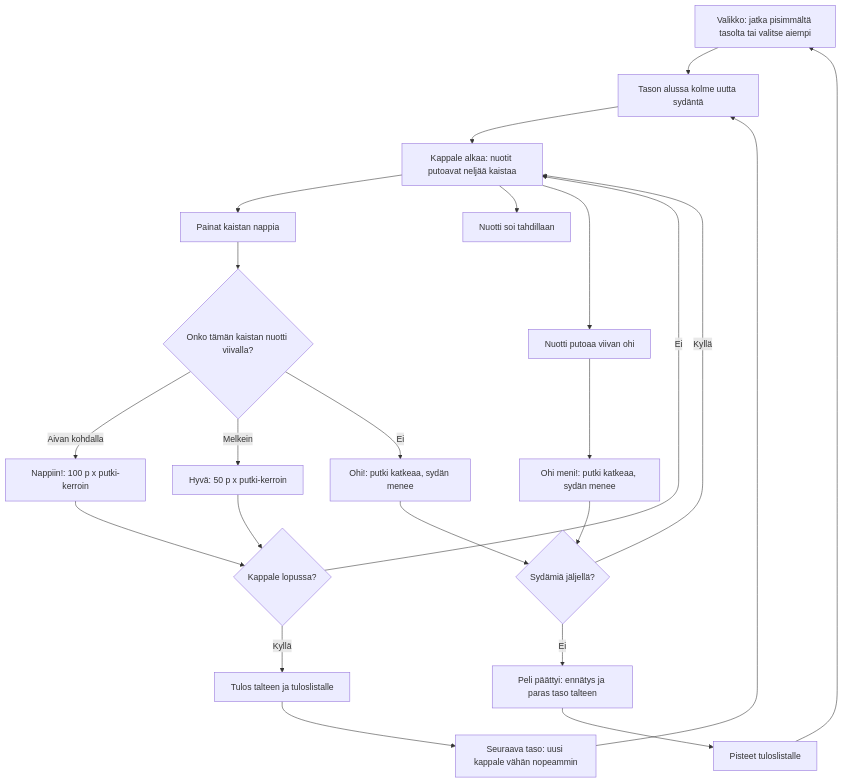
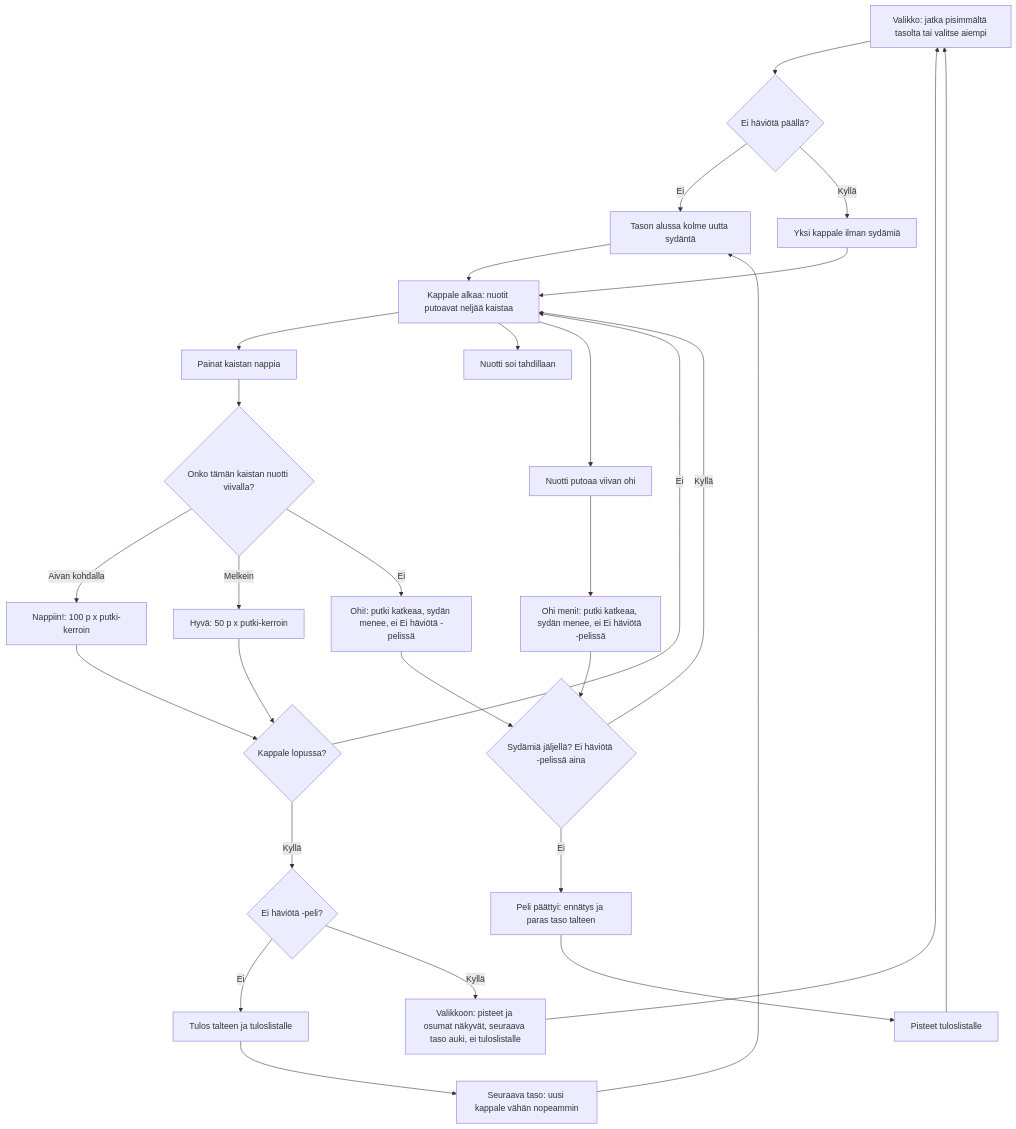
One commit to eerovil/ai-pelit changed the diagram in docs/diagrams/piano.md. Above: the diagram before and after it, drawn with Mermaid. The commit also changed other lines of this file and 3 other files, not shown here.

````diff
--- a/docs/diagrams/piano.md
+++ b/docs/diagrams/piano.md
@@ -15,33 +17,39 @@
 ```mermaid
 flowchart TD
-  A[Valikko: jatka pisimmältä tasolta tai valitse aiempi] --> A2[Tason alussa kolme uutta sydäntä]
+  A[Valikko: jatka pisimmältä tasolta tai valitse aiempi] --> NF{Ei häviötä päällä?}
+  NF -- Ei --> A2[Tason alussa kolme uutta sydäntä]
+  NF -- Kyllä --> A3[Yksi kappale ilman sydämiä]
+  A3 --> B
   A2 --> B[Kappale alkaa: nuotit putoavat neljää kaistaa]
   B --> C[Painat kaistan nappia]
   C --> D{Onko tämän kaistan nuotti viivalla?}
   D -- Aivan kohdalla --> E[Nappiin!: 100 p x putki-kerroin]
   D -- Melkein --> F[Hyvä: 50 p x putki-kerroin]
-  D -- Ei --> G[Ohi!: putki katkeaa, sydän menee]
+  D -- Ei --> G[Ohi!: putki katkeaa, sydän menee, ei Ei häviötä -pelissä]
   B --> H[Nuotti soi tahdillaan]
   E --> K
   F --> K
   B --> I[Nuotti putoaa viivan ohi]
-  I --> J[Ohi meni!: putki katkeaa, sydän menee]
+  I --> J[Ohi meni!: putki katkeaa, sydän menee, ei Ei häviötä -pelissä]
   K{Kappale lopussa?}
   K -- Ei --> B
-  K -- Kyllä --> V[Tulos talteen ja tuloslistalle]
+  K -- Kyllä --> KS{Ei häviötä -peli?}
+  KS -- Ei --> V[Tulos talteen ja tuloslistalle]
+  KS -- Kyllä --> NE[Valikkoon: pisteet ja osumat näkyvät, seuraava taso auki, ei tuloslistalle]
+  NE --> A
   V --> L[Seuraava taso: uusi kappale vähän nopeammin]
   L --> A2
-  G --> M{Sydämiä jäljellä?}
+  G --> M{Sydämiä jäljellä? Ei häviötä -pelissä aina}
   J --> M
   M -- Kyllä --> B
   M -- Ei --> N[Peli päättyi: ennätys ja paras taso talteen]
   N --> O[Pisteet tuloslistalle]
   O --> A
-  class A,A2,B,C blue
-  class D,K,M amber
+  class A,A2,A3,B,C blue
+  class D,K,M,NF,KS amber
   class E,F,H teal
   class L green
   class G,I,J rose
-  class N,O violet
+  class N,O,NE violet
   class V green
 ```
````
